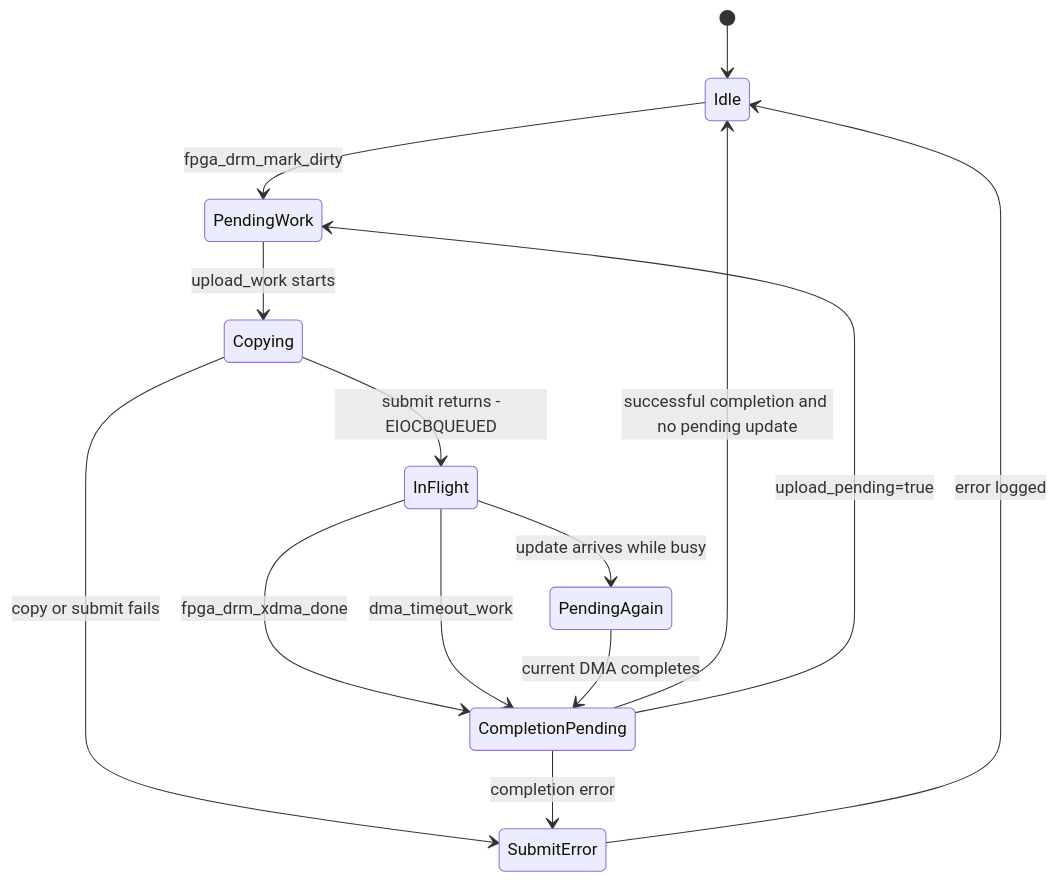
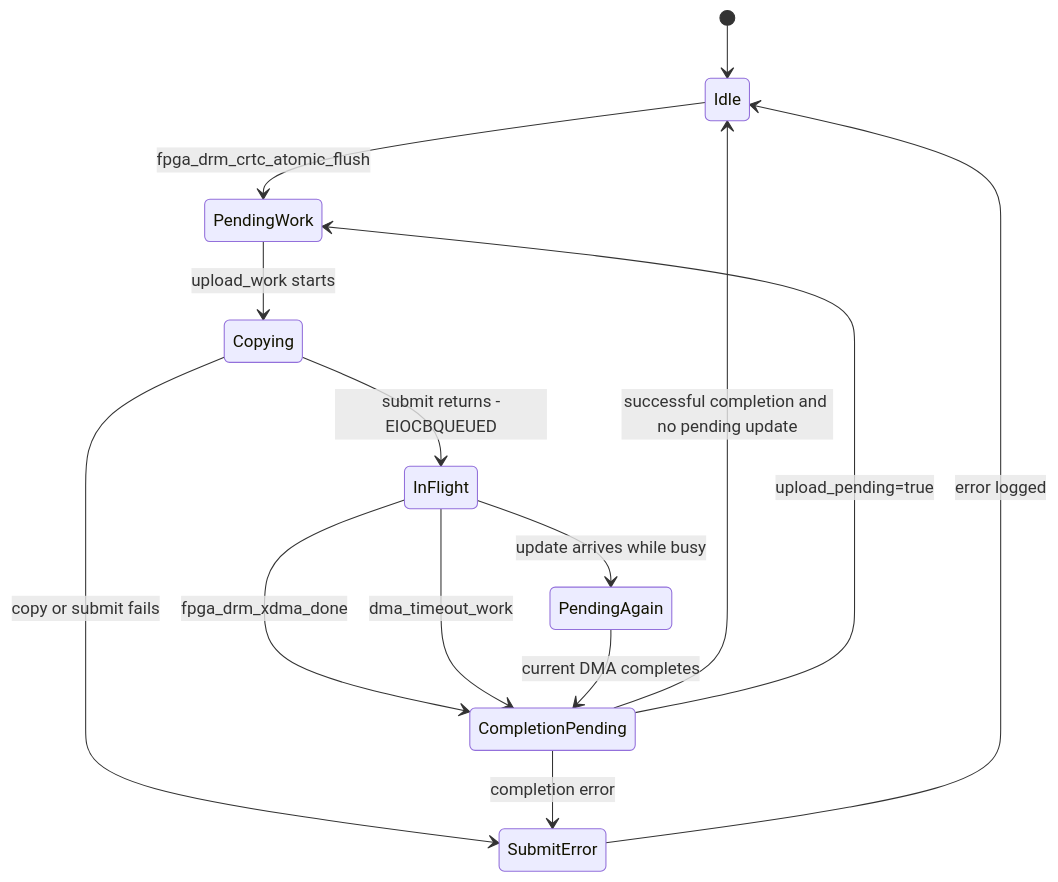
One commit to alpkoyun/Simple-Display-Controller changed the second of 2 diagrams in doc/Linux_DRM_Driver_AI_GEN_documents/state_machine.md. Above: the diagram before and after it, drawn with Mermaid. The commit also changed other lines of this file and 15 other files, not shown here.

````diff
--- a/doc/Linux_DRM_Driver_AI_GEN_documents/state_machine.md
+++ b/doc/Linux_DRM_Driver_AI_GEN_documents/state_machine.md
@@ -53,16 +53,16 @@
 ```mermaid
 stateDiagram-v2
     [*] --> Idle
-    Idle --> PendingWork: fpga_drm_mark_dirty
+    Idle --> PendingWork: fpga_drm_crtc_atomic_flush
     PendingWork --> Copying: upload_work starts
     Copying --> InFlight: submit returns -EIOCBQUEUED
     Copying --> SubmitError: copy or submit fails
     InFlight --> CompletionPending: fpga_drm_xdma_done
     InFlight --> CompletionPending: dma_timeout_work
     InFlight --> PendingAgain: update arrives while busy
     PendingAgain --> CompletionPending: current DMA completes
     CompletionPending --> Idle: successful completion and no pending update
     CompletionPending --> PendingWork: upload_pending=true
     CompletionPending --> SubmitError: completion error
     SubmitError --> Idle: error logged
 ```
````
